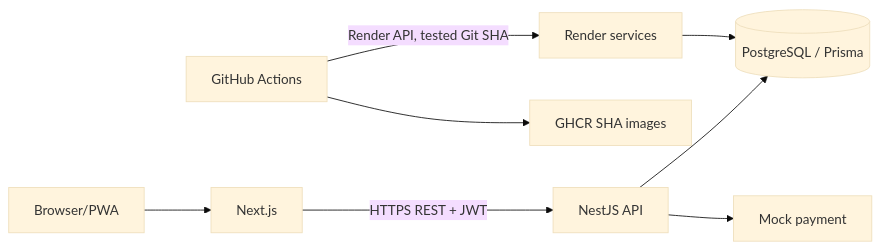
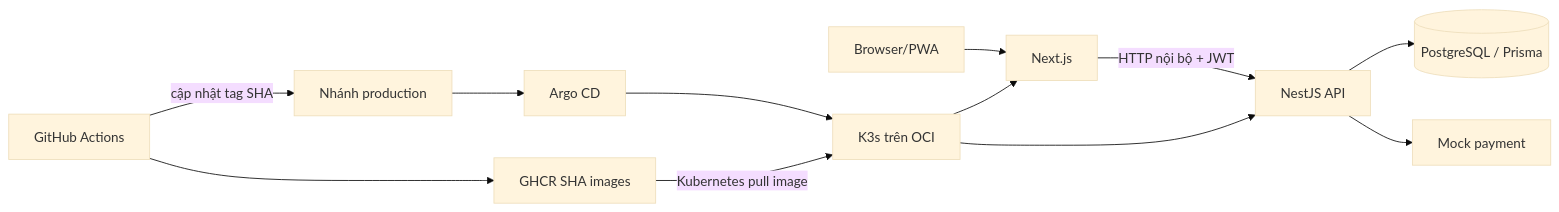
The diagram in docs/architecture/architecture.md (Myngoc09/assignment2_brewlite), drawn with Mermaid (base theme) before and after one commit. The commit also changed other lines of this file and 26 other files, not shown here.

````diff
--- a/docs/architecture/architecture.md
+++ b/docs/architecture/architecture.md
@@ -10,10 +10,14 @@
 ```mermaid
 flowchart LR
  B[Browser/PWA] --> W[Next.js]
- W -->|HTTPS REST + JWT| A[NestJS API]
+ W -->|HTTP nội bộ + JWT| A[NestJS API]
  A --> DB[(PostgreSQL / Prisma)]
  A --> P[Mock payment]
  CI[GitHub Actions] --> R[GHCR SHA images]
- CI -->|Render API, tested Git SHA| H[Render services]
- H --> DB
+ CI -->|cập nhật tag SHA| G[Nhánh production]
+ G --> CD[Argo CD]
+ CD --> K[K3s trên OCI]
+ R -->|Kubernetes pull image| K
+ K --> W
+ K --> A
 ```
````
